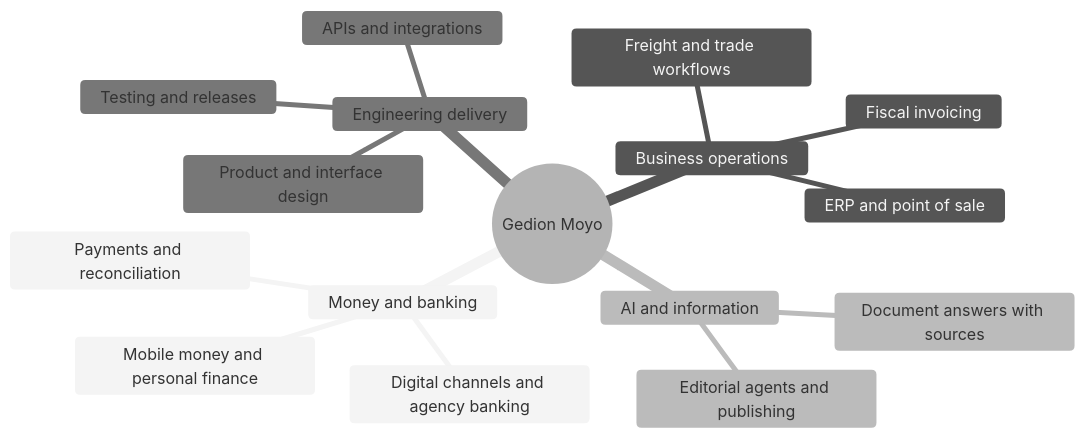
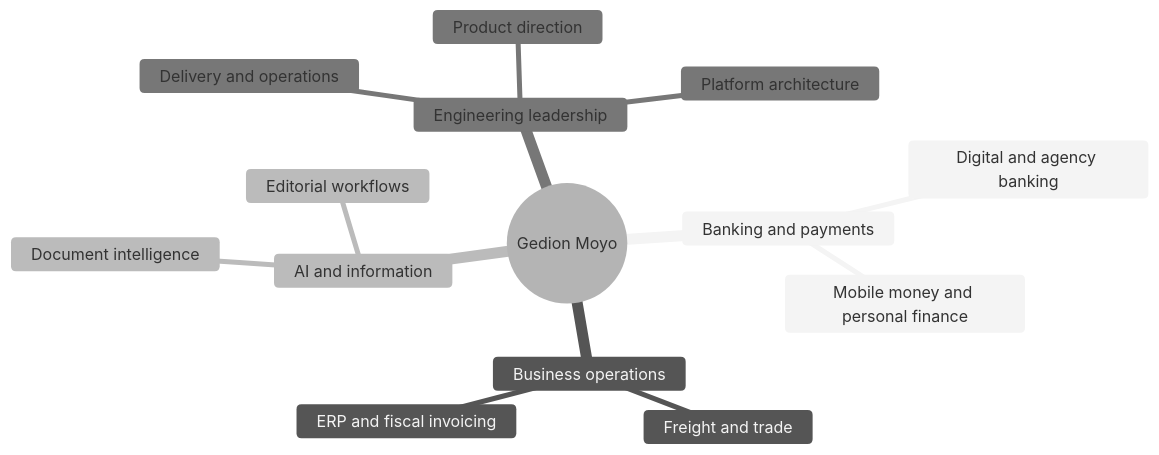
One commit to moyogedion/moyogedion changed the second of 2 diagrams in README.md. Above: the diagram before and after it, drawn with Mermaid (neutral theme). The commit also changed other lines of this file, not shown here.

First line of the commit message:
Revise README with updated professional detailsLead with product and architecture direction

````diff
--- a/README.md
+++ b/README.md
@@ -42,19 +35,17 @@
 ```mermaid
 mindmap
   root((Gedion Moyo))
-    Money and banking
+    Banking and payments
+      Digital and agency banking
       Mobile money and personal finance
-      Digital channels and agency banking
-      Payments and reconciliation
     Business operations
-      ERP and point of sale
-      Fiscal invoicing
-      Freight and trade workflows
+      ERP and fiscal invoicing
+      Freight and trade
     AI and information
-      Document answers with sources
-      Editorial agents and publishing
-    Engineering delivery
-      Product and interface design
-      APIs and integrations
-      Testing and releases
+      Document intelligence
+      Editorial workflows
+    Engineering leadership
+      Product direction
+      Platform architecture
+      Delivery and operations
 ```
````
